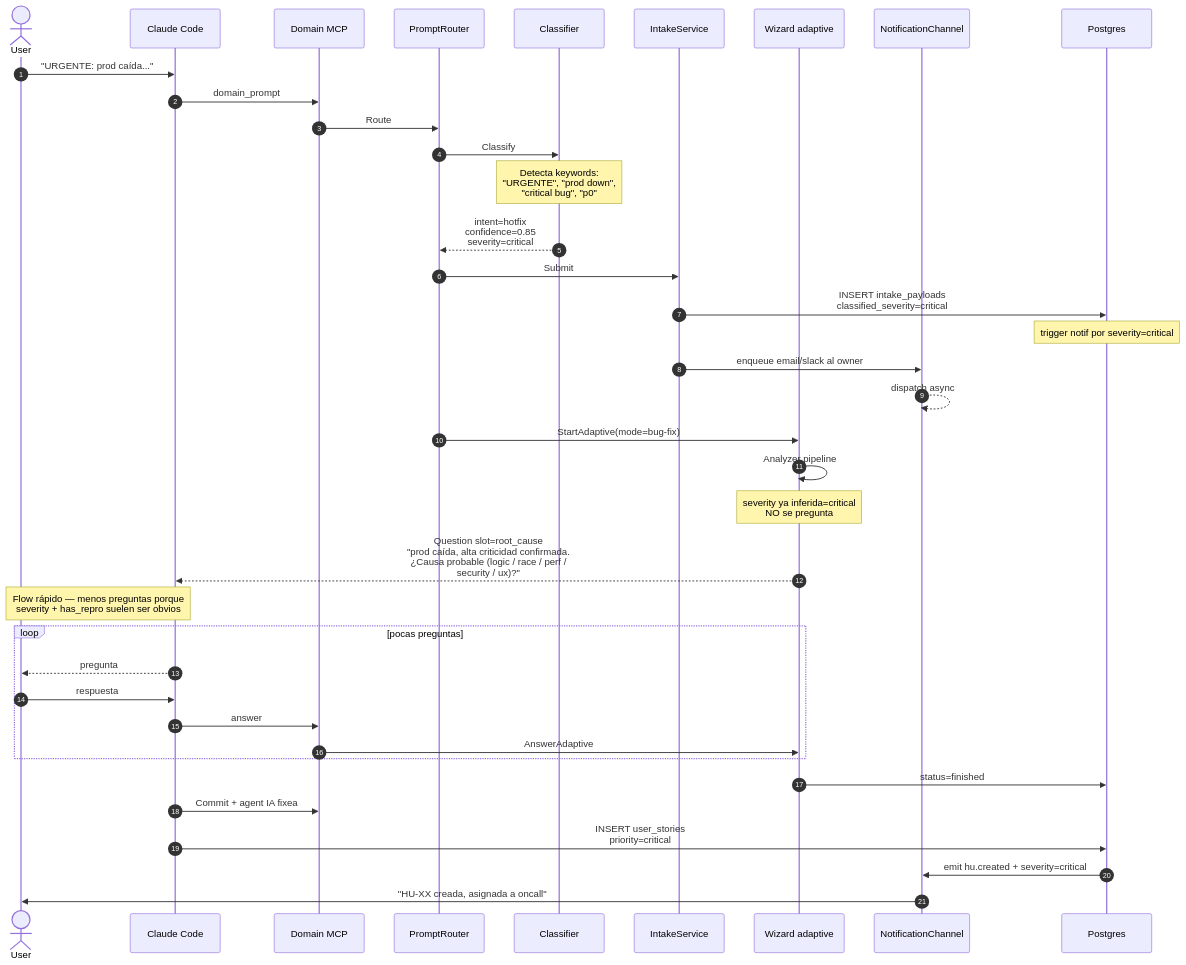
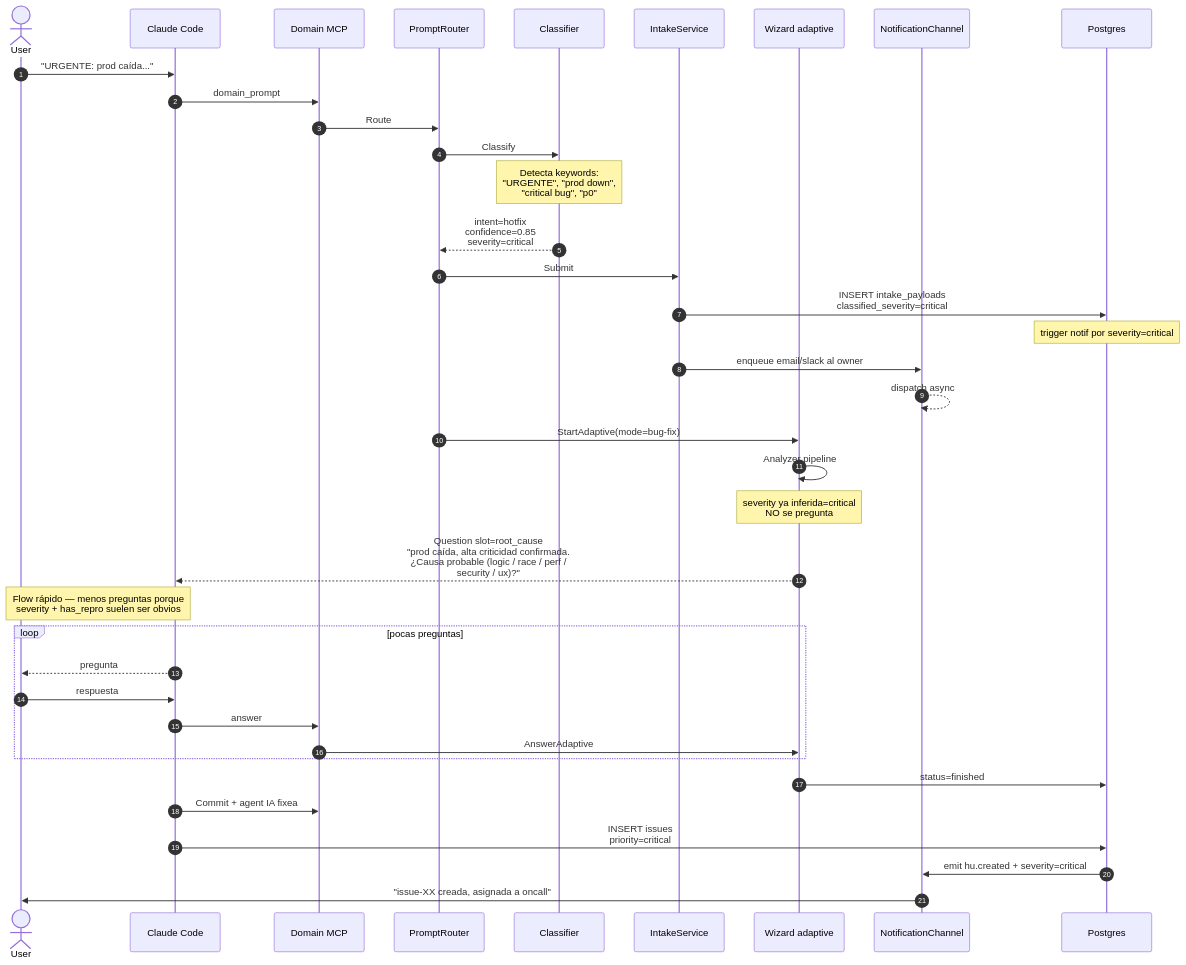
Before and after one commit to nunezlagos/domain: the diagram in docs/flows/05-hotfix.md, drawn with Mermaid. The commit also changed other lines of this file and 2368 other files, not shown here.

````diff
--- a/docs/flows/05-hotfix.md
+++ b/docs/flows/05-hotfix.md
@@ -13,46 +13,46 @@
 ```mermaid
 sequenceDiagram
     autonumber
     actor U as User
     participant Cli as Claude Code
     participant MCP as Domain MCP
     participant Router as PromptRouter
     participant Class as Classifier
     participant Intake as IntakeService
     participant Wizard as Wizard adaptive
     participant Notif as NotificationChannel
     participant BD as Postgres
 
     U->>Cli: "URGENTE: prod caída..."
     Cli->>MCP: domain_prompt
     MCP->>Router: Route
     Router->>Class: Classify
     Note over Class: Detecta keywords:<br/>"URGENTE", "prod down",<br/>"critical bug", "p0"
     Class-->>Router: intent=hotfix<br/>confidence=0.85<br/>severity=critical
 
     Router->>Intake: Submit
     Intake->>BD: INSERT intake_payloads<br/>classified_severity=critical
     Note over BD: trigger notif por severity=critical
 
     Intake->>Notif: enqueue email/slack al owner
     Notif-->>Notif: dispatch async
 
     Router->>Wizard: StartAdaptive(mode=bug-fix)
     Wizard->>Wizard: Analyzer pipeline
     Note over Wizard: severity ya inferida=critical<br/>NO se pregunta
     Wizard-->>Cli: Question slot=root_cause<br/>"prod caída, alta criticidad confirmada.<br/>¿Causa probable (logic / race / perf /<br/>security / ux)?"
 
     Note over U,Cli: Flow rápido — menos preguntas porque<br/>severity + has_repro suelen ser obvios
     loop pocas preguntas
         Cli-->>U: pregunta
         U->>Cli: respuesta
         Cli->>MCP: answer
         MCP->>Wizard: AnswerAdaptive
     end
 
     Wizard->>BD: status=finished
     Cli->>MCP: Commit + agent IA fixea
-    Cli->>BD: INSERT user_stories<br/>priority=critical
+    Cli->>BD: INSERT issues<br/>priority=critical
     BD->>Notif: emit hu.created + severity=critical
-    Notif->>U: "HU-XX creada, asignada a oncall"
+    Notif->>U: "issue-XX creada, asignada a oncall"
 ```
````
